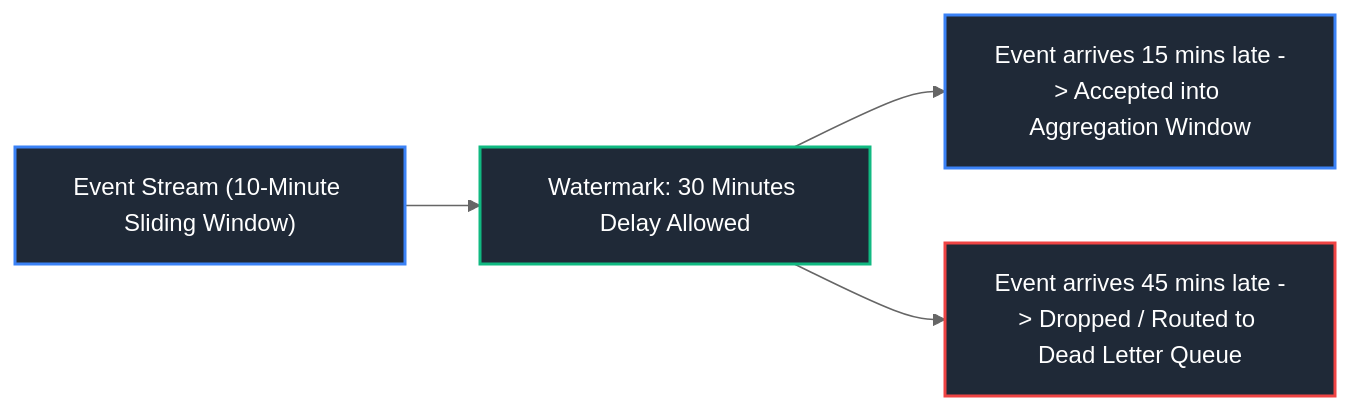
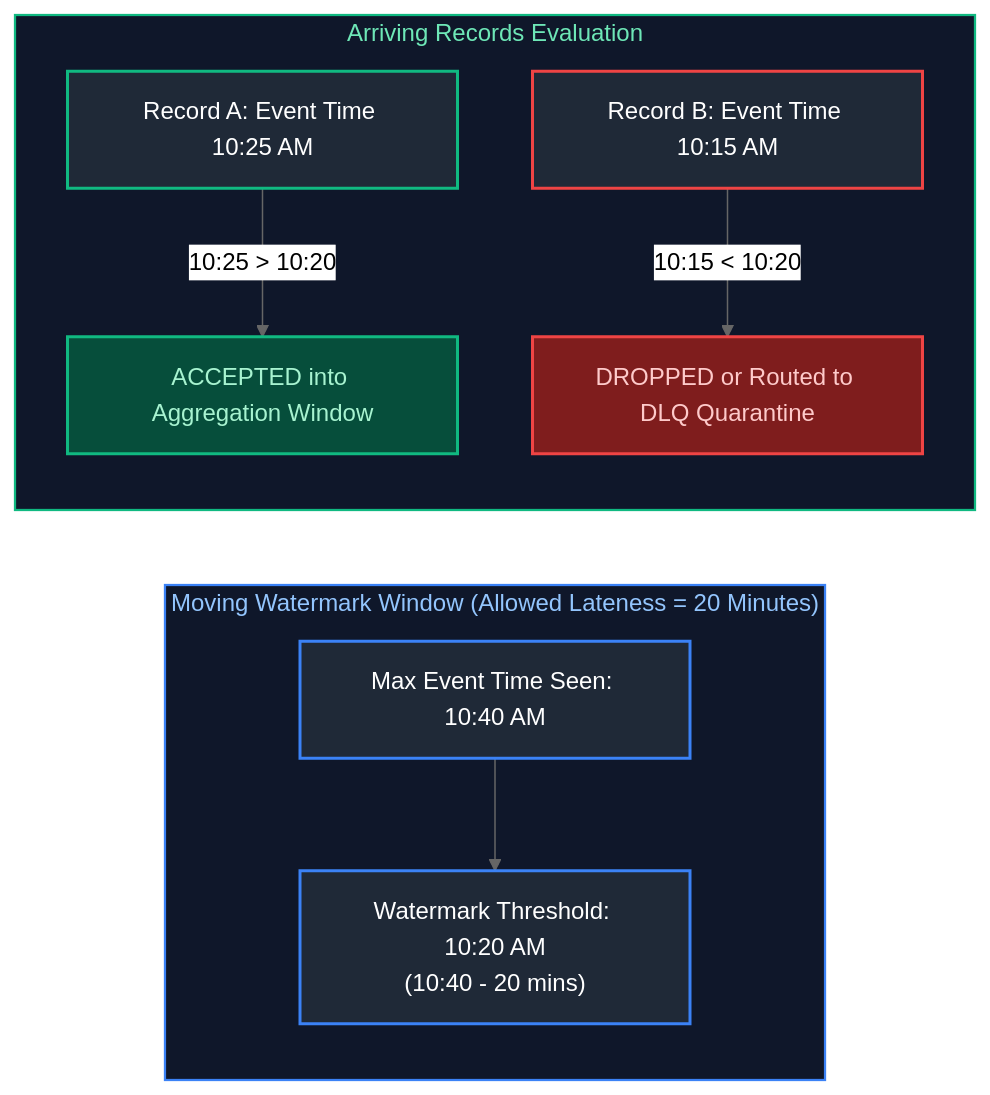
Before and after one commit to joydeep-biswas/Interview-Preparation: diagram 13 of 24 in Data Engineering/10_data_pipeline_design_and_ingestion.md, drawn with Mermaid (neutral theme). The commit also changed other lines of this file and 143 other files, not shown here.

````diff
--- a/Data Engineering/10_data_pipeline_design_and_ingestion.md
+++ b/Data Engineering/10_data_pipeline_design_and_ingestion.md
@@ -337,11 +826,22 @@
 ```mermaid
 flowchart LR
-    Event["Event Stream (10-Minute Sliding Window)"] --> WM["Watermark: 30 Minutes Delay Allowed"]
-    WM --> Accept["Event arrives 15 mins late -> Accepted into Aggregation Window"]
-    WM --> Drop["Event arrives 45 mins late -> Dropped / Routed to Dead Letter Queue"]
+    subgraph WatermarkHorizon ["Moving Watermark Window (Allowed Lateness = 20 Minutes)"]
+        MaxTime["Max Event Time Seen: 10:40 AM"]
+        WMThreshold["Watermark Threshold: 10:20 AM<br/>(10:40 - 20 mins)"]
+        MaxTime --> WMThreshold
+    end
 
-    style Event fill:#1f2937,stroke:#3b82f6,stroke-width:2px,color:#fff
-    style WM fill:#1f2937,stroke:#10b981,stroke-width:2px,color:#fff
-    style Accept fill:#1f2937,stroke:#3b82f6,stroke-width:2px,color:#fff
-    style Drop fill:#1f2937,stroke:#ef4444,stroke-width:2px,color:#fff
+    subgraph Evaluation ["Arriving Records Evaluation"]
+        Rec1["Record A: Event Time 10:25 AM"] -->|10:25 > 10:20| Accept["ACCEPTED into Aggregation Window"]
+        Rec2["Record B: Event Time 10:15 AM"] -->|10:15 < 10:20| Drop["DROPPED or Routed to DLQ Quarantine"]
+    end
+
+    style WatermarkHorizon fill:#0f172a,stroke:#3b82f6,stroke-width:1.5px,color:#93c5fd
+    style Evaluation fill:#0f172a,stroke:#10b981,stroke-width:1.5px,color:#6ee7b7
+    style MaxTime fill:#1f2937,stroke:#3b82f6,stroke-width:2px,color:#fff
+    style WMThreshold fill:#1f2937,stroke:#3b82f6,stroke-width:2px,color:#fff
+    style Rec1 fill:#1f2937,stroke:#10b981,stroke-width:2px,color:#fff
+    style Rec2 fill:#1f2937,stroke:#ef4444,stroke-width:2px,color:#fff
+    style Accept fill:#064e3b,stroke:#10b981,stroke-width:2px,color:#a7f3d0
+    style Drop fill:#7f1d1d,stroke:#ef4444,stroke-width:2px,color:#fecaca
 ```
````
